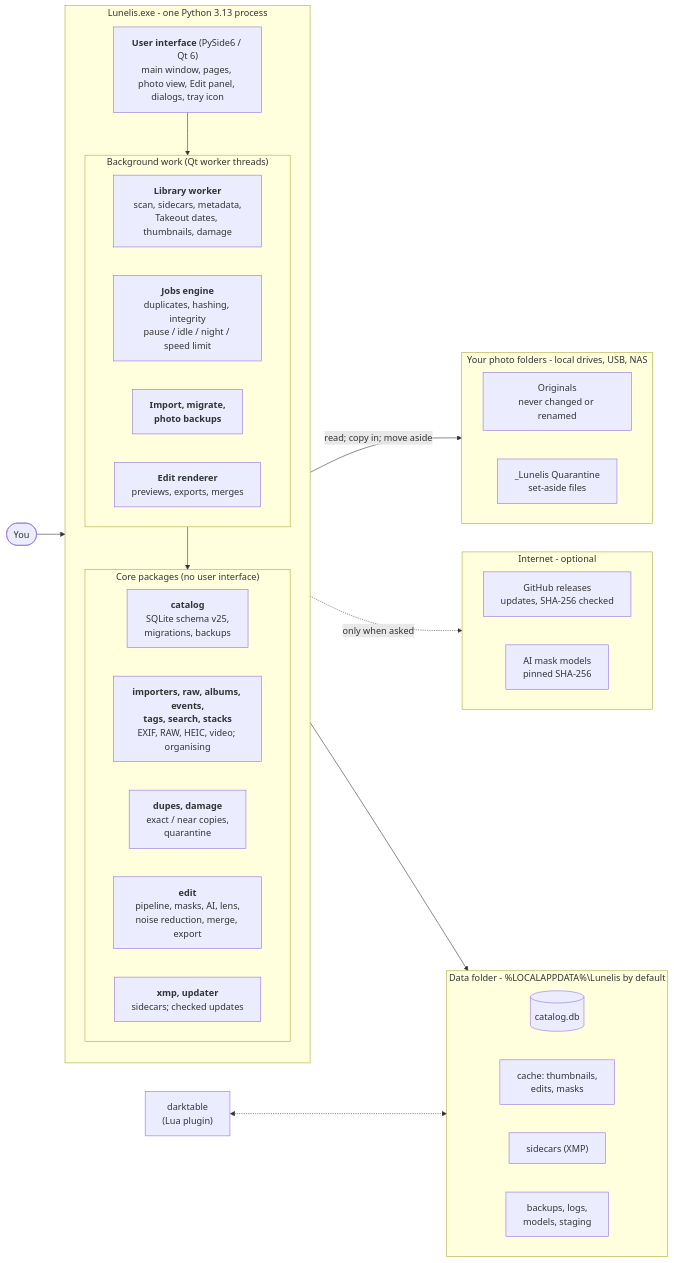
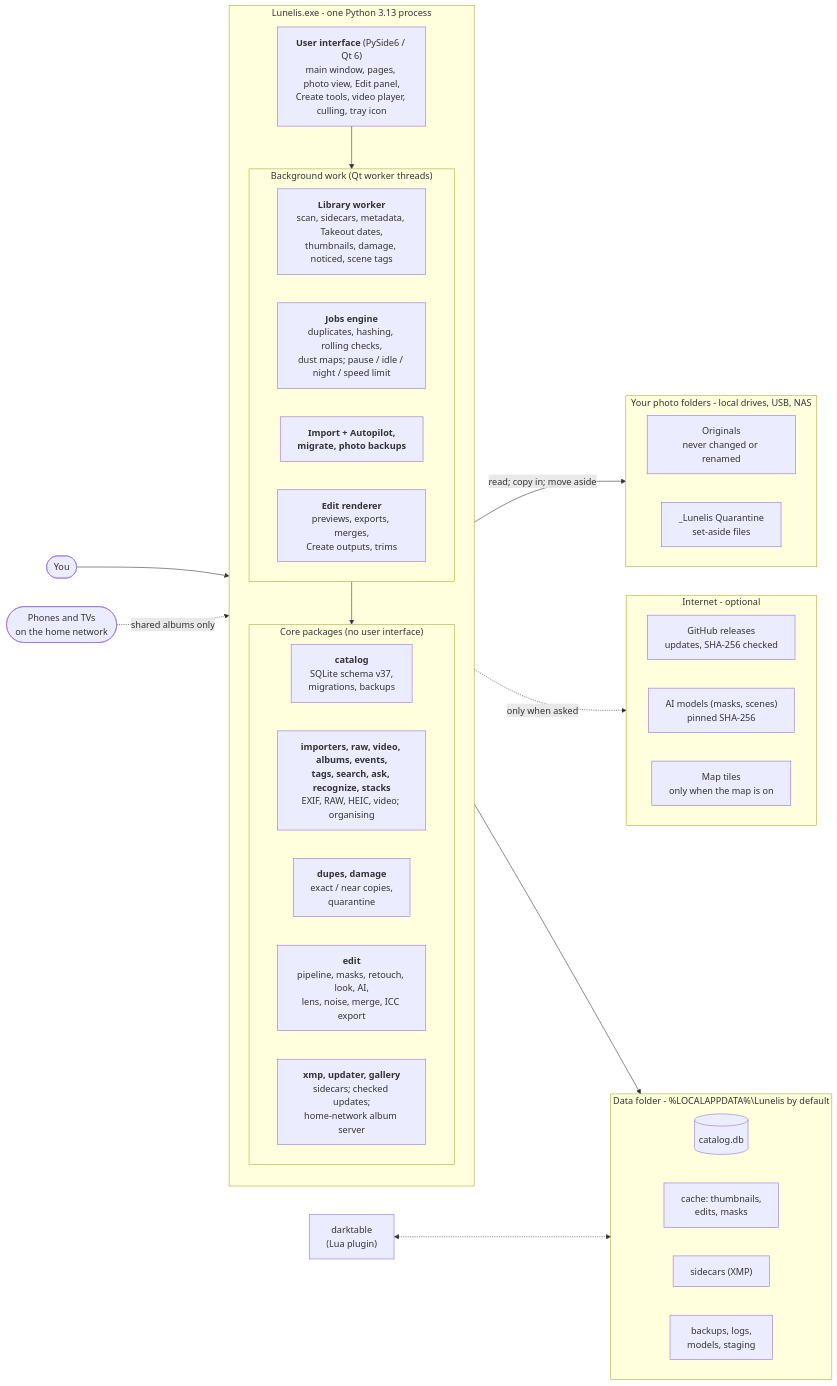
One commit to AxialForge/Lunelis changed the diagram in docs/_tools/architecture.mmd. Above: the diagram before and after it, drawn with Mermaid. The commit also changed 15 other files, not shown here.

```diff
--- a/docs/_tools/architecture.mmd
+++ b/docs/_tools/architecture.mmd
@@ -1,48 +1,50 @@
 flowchart LR
     user([You]) --> ui
 
     subgraph app["Lunelis.exe - one Python 3.13 process"]
         direction TB
-        ui["<b>User interface</b> (PySide6 / Qt 6)<br/>main window, pages, photo view, Edit panel, dialogs, tray icon"]
+        ui["<b>User interface</b> (PySide6 / Qt 6)<br/>main window, pages, photo view, Edit panel,<br/>Create tools, video player, culling, tray icon"]
         subgraph workers["Background work (Qt worker threads)"]
             direction LR
-            scan["<b>Library worker</b><br/>scan, sidecars, metadata,<br/>Takeout dates, thumbnails, damage"]
-            jobs["<b>Jobs engine</b><br/>duplicates, hashing, integrity<br/>pause / idle / night / speed limit"]
-            ingest["<b>Import, migrate,<br/>photo backups</b>"]
-            render["<b>Edit renderer</b><br/>previews, exports, merges"]
+            scan["<b>Library worker</b><br/>scan, sidecars, metadata, Takeout dates,<br/>thumbnails, damage, noticed, scene tags"]
+            jobs["<b>Jobs engine</b><br/>duplicates, hashing, rolling checks,<br/>dust maps; pause / idle / night / speed limit"]
+            ingest["<b>Import + Autopilot,<br/>migrate, photo backups</b>"]
+            render["<b>Edit renderer</b><br/>previews, exports, merges,<br/>Create outputs, trims"]
         end
         subgraph core["Core packages (no user interface)"]
             direction LR
-            catalog["<b>catalog</b><br/>SQLite schema v25,<br/>migrations, backups"]
-            media["<b>importers, raw, albums, events,<br/>tags, search, stacks</b><br/>EXIF, RAW, HEIC, video; organising"]
+            catalog["<b>catalog</b><br/>SQLite schema v37,<br/>migrations, backups"]
+            media["<b>importers, raw, video, albums, events,<br/>tags, search, ask, recognize, stacks</b><br/>EXIF, RAW, HEIC, video; organising"]
             dupes["<b>dupes, damage</b><br/>exact / near copies,<br/>quarantine"]
-            edit["<b>edit</b><br/>pipeline, masks, AI, lens,<br/>noise reduction, merge, export"]
-            xmp["<b>xmp, updater</b><br/>sidecars; checked updates"]
+            edit["<b>edit</b><br/>pipeline, masks, retouch, look, AI,<br/>lens, noise, merge, ICC export"]
+            xmp["<b>xmp, updater, gallery</b><br/>sidecars; checked updates;<br/>home-network album server"]
         end
         ui --> workers --> core
     end
 
     subgraph data["Data folder - %LOCALAPPDATA%\Lunelis by default"]
         direction LR
         db[("catalog.db")]
         caches["cache: thumbnails,<br/>edits, masks"]
         sidecars["sidecars (XMP)"]
         other["backups, logs,<br/>models, staging"]
     end
 
     subgraph photos["Your photo folders - local drives, USB, NAS"]
         direction LR
         originals["Originals<br/>never changed or renamed"]
         quarantine["_Lunelis Quarantine<br/>set-aside files"]
     end
 
     subgraph net["Internet - optional"]
         direction LR
         releases["GitHub releases<br/>updates, SHA-256 checked"]
-        models["AI mask models<br/>pinned SHA-256"]
+        models["AI models (masks, scenes)<br/>pinned SHA-256"]
+        tiles["Map tiles<br/>only when the map is on"]
     end
 
     core --> data
     core -- "read; copy in; move aside" --> photos
     core -. "only when asked" .-> net
     dt["darktable<br/>(Lua plugin)"] <-.-> sidecars
+    home(["Phones and TVs<br/>on the home network"]) -. "shared albums only" .-> core
```
